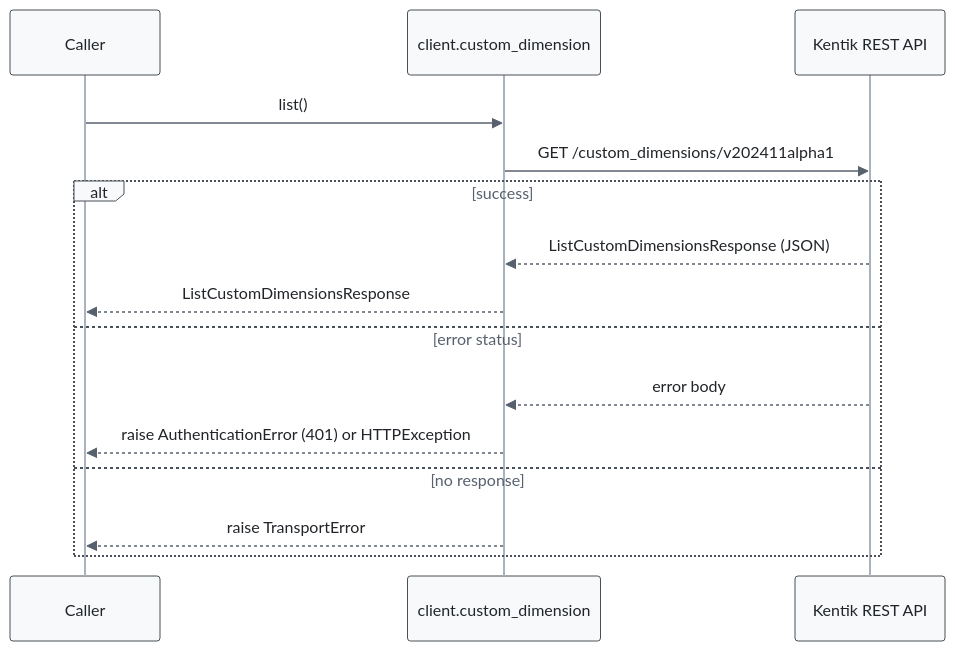
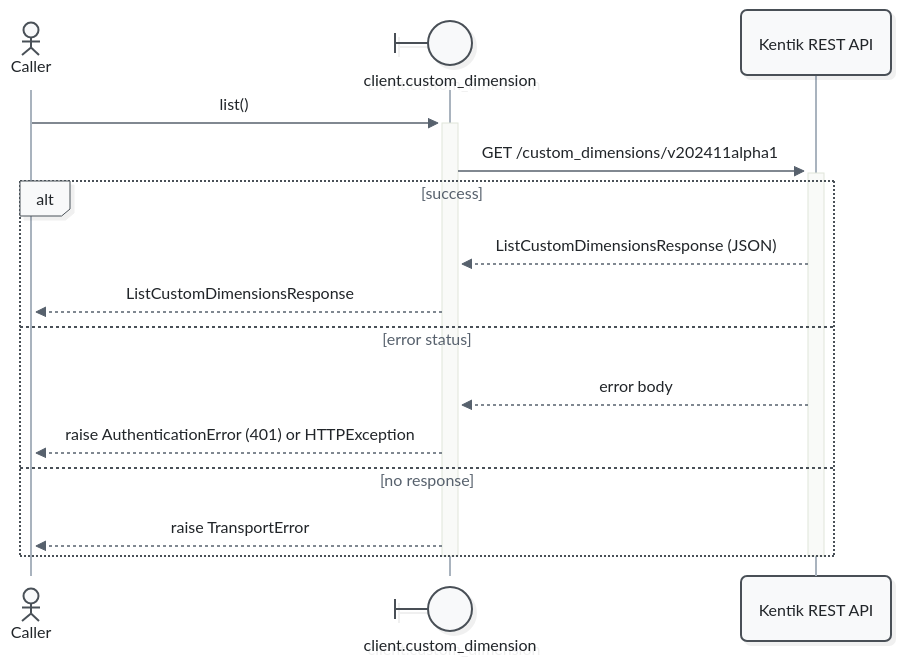
The first of 21 diagrams in docs/sphinx/services/custom_dimension.md (alexdearaujo/community_sdk_python), drawn with Mermaid before and after one commit. The commit also changed other lines of this file and 52 other files, not shown here.

First line of the commit message:
docs: Mermaid 12 sequence diagrams with participant types and path colors

````diff
--- a/docs/sphinx/services/custom_dimension.md
+++ b/docs/sphinx/services/custom_dimension.md
@@ -33,19 +33,21 @@
 ```mermaid
-%%{init: {"theme": "base", "fontFamily": "ui-monospace, SFMono-Regular, Menlo, monospace", "themeVariables": {"fontFamily": "ui-monospace, SFMono-Regular, Menlo, monospace", "primaryColor": "#f8f9fa", "primaryBorderColor": "#495057", "primaryTextColor": "#212529", "textColor": "#212529", "lineColor": "#77818c", "edgeLabelBackground": "#ffffff", "actorBkg": "#f8f9fa", "actorBorder": "#495057", "actorTextColor": "#212529", "actorLineColor": "#a9b3be", "signalColor": "#57616d", "signalTextColor": "#212529", "labelBoxBkgColor": "#f8f9fa", "labelBoxBorderColor": "#495057", "labelTextColor": "#212529", "loopTextColor": "#57616d", "noteBkgColor": "#fff9db", "noteBorderColor": "#f08c00", "noteTextColor": "#a35a00"}, "flowchart": {"curve": "step", "nodeSpacing": 30, "rankSpacing": 70, "wrappingWidth": 400}}}%%
+%%{init: {"theme": "redux", "look": "neo", "layout": "dagre", "fontFamily": "ui-monospace, SFMono-Regular, Menlo, monospace", "themeVariables": {"fontFamily": "ui-monospace, SFMono-Regular, Menlo, monospace", "primaryColor": "#f8f9fa", "primaryBorderColor": "#495057", "primaryTextColor": "#212529", "textColor": "#212529", "lineColor": "#77818c", "edgeLabelBackground": "#ffffff", "actorBkg": "#f8f9fa", "actorBorder": "#495057", "actorTextColor": "#212529", "actorLineColor": "#a9b3be", "signalColor": "#57616d", "signalTextColor": "#212529", "labelBoxBkgColor": "#f8f9fa", "labelBoxBorderColor": "#495057", "labelTextColor": "#212529", "loopTextColor": "#57616d", "noteBkgColor": "#fff9db", "noteBorderColor": "#f08c00", "noteTextColor": "#a35a00"}, "sequence": {"activationWidth": 16}, "flowchart": {"curve": "step", "nodeSpacing": 30, "rankSpacing": 70, "wrappingWidth": 400}}}%%
 sequenceDiagram
-    participant C as Caller
-    participant W as client.custom_dimension
+    actor C as Caller
+    participant W@{ "type": "boundary" } as client.custom_dimension
     participant API as Kentik REST API
 
-    C->>W: list()
-    W->>API: GET /custom_dimensions/v202411alpha1
+    C->>+W: list()
+    W->>+API: GET /custom_dimensions/v202411alpha1
     alt success
         API-->>W: ListCustomDimensionsResponse (JSON)
         W-->>C: ListCustomDimensionsResponse
     else error status
         API-->>W: error body
         W-->>C: raise AuthenticationError (401) or HTTPException
     else no response
         W-->>C: raise TransportError
     end
+    deactivate API
+    deactivate W
 ```
````
